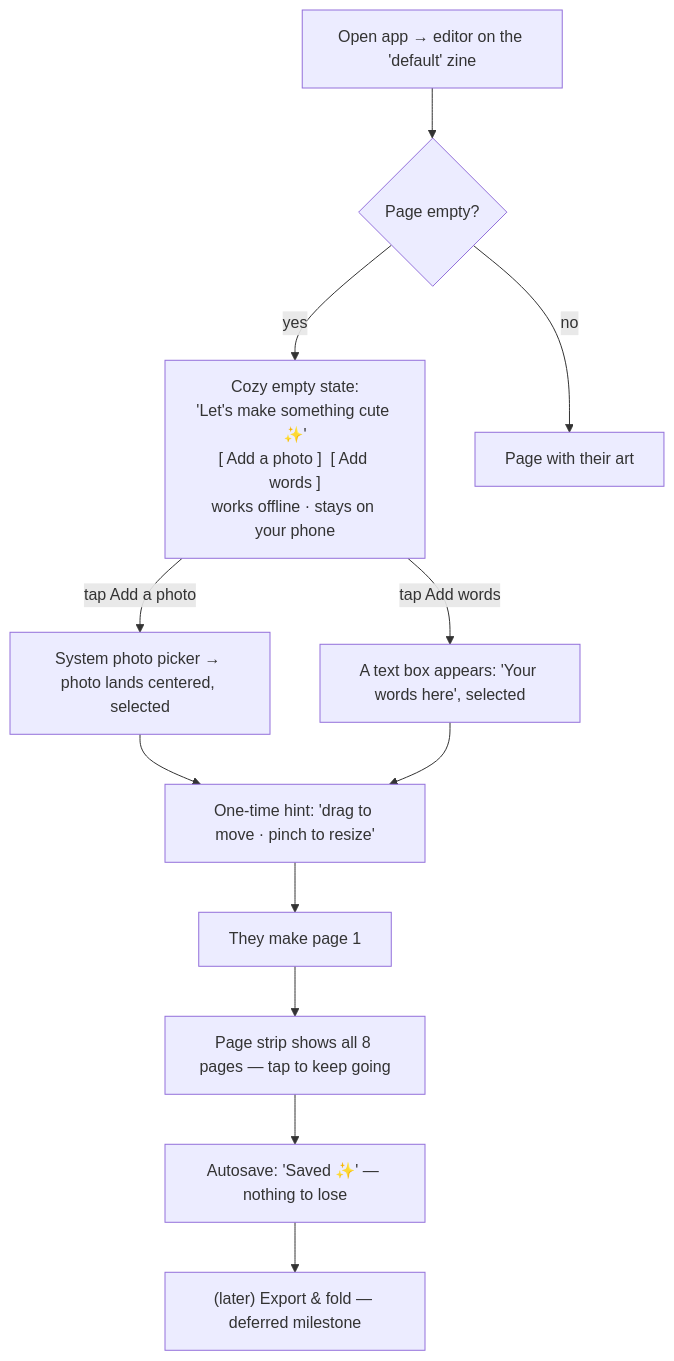
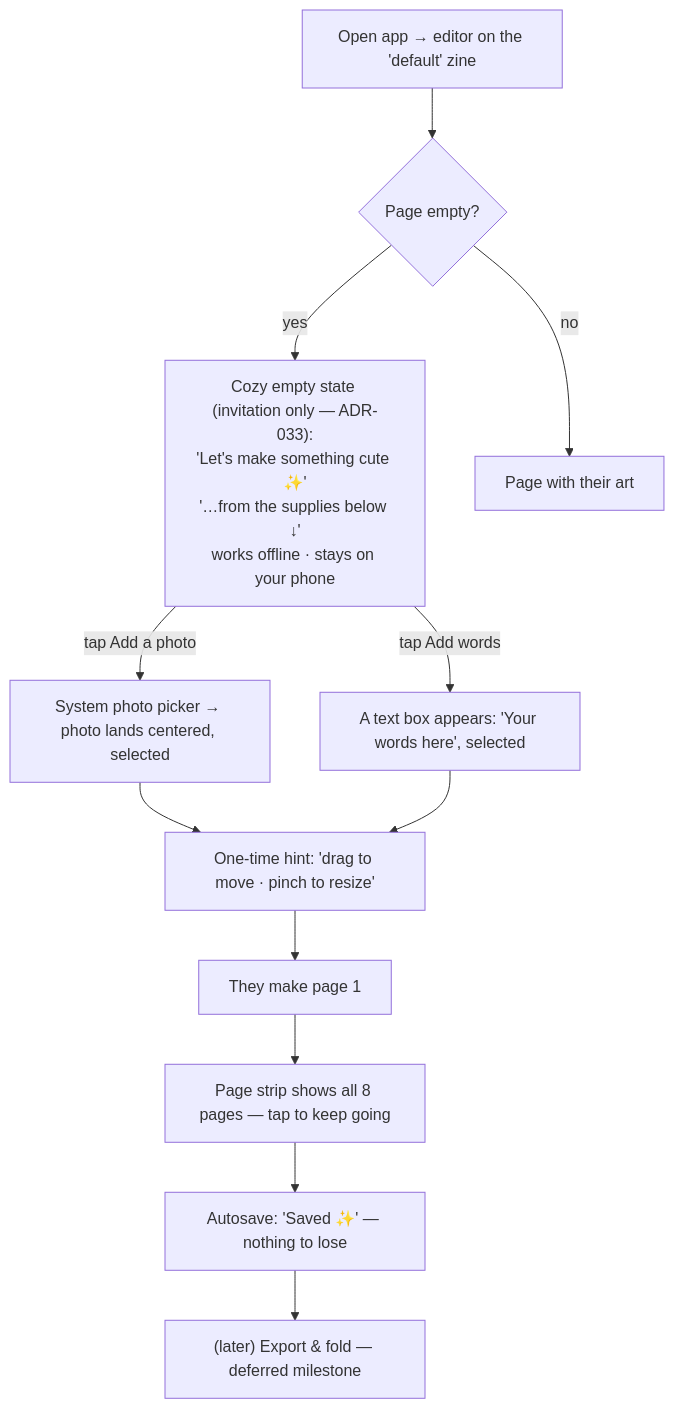
Before and after one commit to aritr-codes/zinely-android: the diagram in docs/design/DESIGN-LANGUAGE.md, drawn with Mermaid. The commit also changed 11 other files, not shown here.

First line of the commit message:
feat(editor): blank-page add-action de-dup + invitation↔tray orientation (ADR-033) (#29)

````diff
--- a/docs/design/DESIGN-LANGUAGE.md
+++ b/docs/design/DESIGN-LANGUAGE.md
@@ -154,14 +154,14 @@
 ```mermaid
 flowchart TD
     A["Open app → editor on the 'default' zine"] --> B{"Page empty?"}
-    B -- yes --> C["Cozy empty state:\n'Let's make something cute ✨'\n[ Add a photo ]  [ Add words ]\nworks offline · stays on your phone"]
+    B -- yes --> C["Cozy empty state (invitation only — ADR-033):\n'Let's make something cute ✨'\n'…from the supplies below ↓'\nworks offline · stays on your phone"]
     B -- no --> D["Page with their art"]
     C -->|tap Add a photo| E["System photo picker → photo lands centered, selected"]
     C -->|tap Add words| F["A text box appears: 'Your words here', selected"]
     E --> G["One-time hint: 'drag to move · pinch to resize'"]
     F --> G
     G --> H["They make page 1"]
     H --> I["Page strip shows all 8 pages — tap to keep going"]
     I --> J["Autosave: 'Saved ✨' — nothing to lose"]
     J --> K["(later) Export & fold — deferred milestone"]
 ```
````
